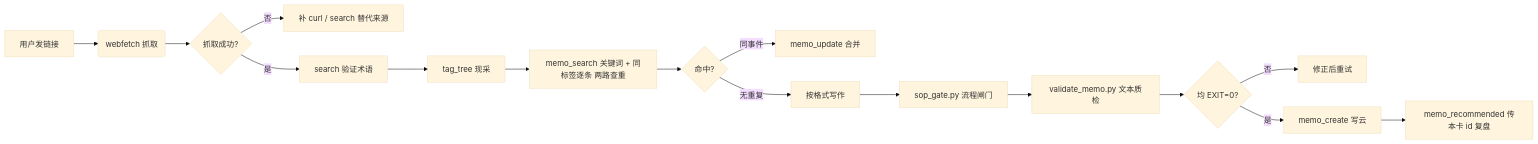
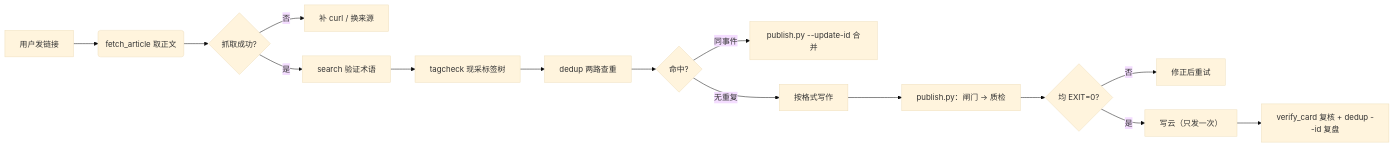
The diagram in README.md (shushuzn/flomo-note), drawn with Mermaid (base theme) before and after one commit. The commit also changed other lines of this file and 3 other files, not shown here.

````diff
--- a/README.md
+++ b/README.md
@@ -276,18 +290,17 @@
 ```mermaid
 graph LR
-    A[用户发链接] --> B(webfetch 抓取)
+    A[用户发链接] --> B(fetch_article 取正文)
     B --> C{抓取成功?}
-    C -->|否| D[补 curl / search 替代来源]
+    C -->|否| D[补 curl / 换来源]
     C -->|是| E[search 验证术语]
-    E --> F[tag_tree 现采]
-    F --> G[memo_search 关键词 + 同标签逐条 两路查重]
+    E --> F[tagcheck 现采标签树]
+    F --> G[dedup 两路查重]
     G --> H{命中?}
-    H -->|同事件| I[memo_update 合并]
+    H -->|同事件| I[publish.py --update-id 合并]
     H -->|无重复| J[按格式写作]
-    J --> K[sop_gate.py 流程闸门]
-    K --> L[validate_memo.py 文本质检]
-    L --> M{均 EXIT=0?}
+    J --> K[publish.py：闸门 → 质检]
+    K --> M{均 EXIT=0?}
     M -->|否| N[修正后重试]
-    M -->|是| O[memo_create 写云]
-    O --> P[memo_recommended 传本卡 id 复盘]
+    M -->|是| O[写云（只发一次）]
+    O --> P[verify_card 复核 + dedup --id 复盘]
 ```
````
